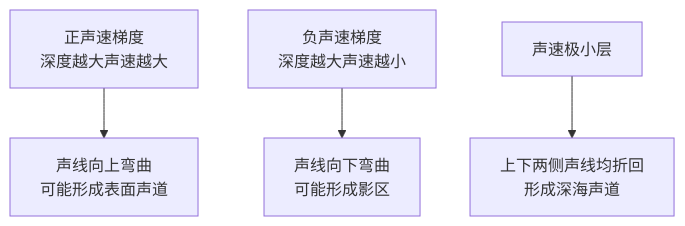
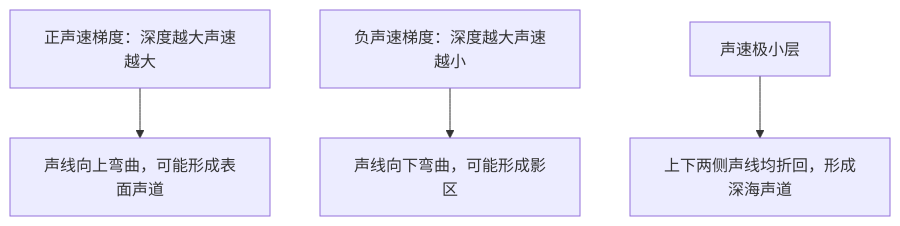
One commit to SatelliteCoder/Underwater-Acoustics-Learning changed the fourth of 7 diagrams in docs/水声学原理概念参数原理汇总.md. Above: the diagram before and after it, drawn with Mermaid. The commit also changed other lines of this file, not shown here.

Commit message:
fix mermaid diagram rendering

````diff
--- a/docs/水声学原理概念参数原理汇总.md
+++ b/docs/水声学原理概念参数原理汇总.md
@@ -353,6 +353,6 @@
 ```mermaid
 flowchart TB
-    A["正声速梯度<br/>深度越大声速越大"] --> B["声线向上弯曲<br/>可能形成表面声道"]
-    C["负声速梯度<br/>深度越大声速越小"] --> D["声线向下弯曲<br/>可能形成影区"]
-    E["声速极小层"] --> F["上下两侧声线均折回<br/>形成深海声道"]
+    A["正声速梯度：深度越大声速越大"] --> B["声线向上弯曲，可能形成表面声道"]
+    C["负声速梯度：深度越大声速越小"] --> D["声线向下弯曲，可能形成影区"]
+    E["声速极小层"] --> F["上下两侧声线均折回，形成深海声道"]
 ```
````
